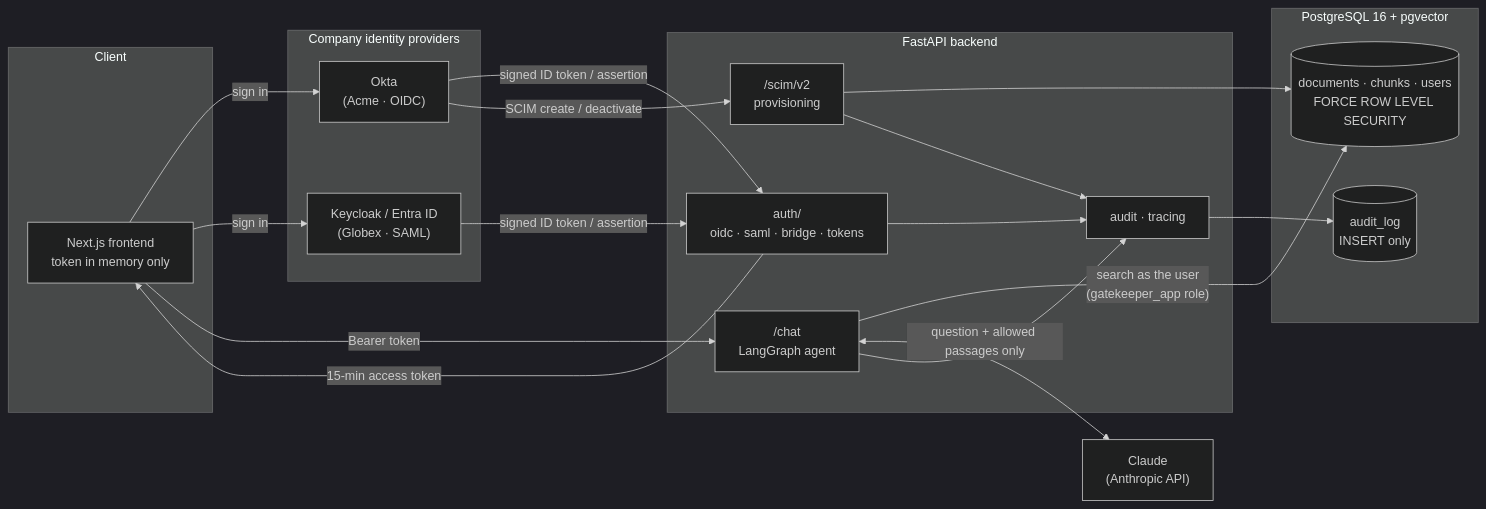
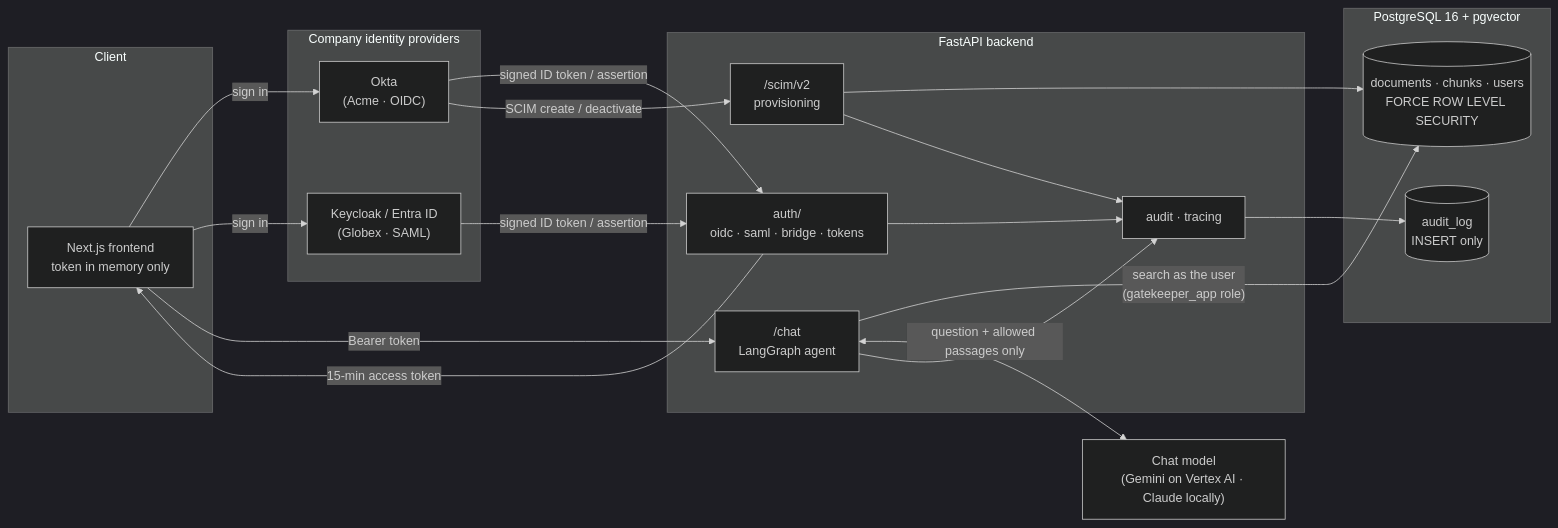
One commit to ghantasala-sr/GateKeeper-enclave changed the first of 5 diagrams in gatekeeper/README.md. Above: the diagram before and after it, drawn with Mermaid (dark theme). The commit also changed other lines of this file and 16 other files, not shown here.

First line of the commit message:
A2.2: model-provider interface (Gemini on Vertex AI, Claude for local dev)

````diff
--- a/gatekeeper/README.md
+++ b/gatekeeper/README.md
@@ -98,35 +98,35 @@
 ```mermaid
 flowchart LR
     subgraph Client
         UI["Next.js frontend<br/>token in memory only"]
     end
 
     subgraph IdPs["Company identity providers"]
         OKTA["Okta<br/>(Acme · OIDC)"]
         KC["Keycloak / Entra ID<br/>(Globex · SAML)"]
     end
 
     subgraph API["FastAPI backend"]
         AUTH["auth/<br/>oidc · saml · bridge · tokens"]
         CHAT["/chat<br/>LangGraph agent"]
         SCIM["/scim/v2<br/>provisioning"]
         AUDIT["audit · tracing"]
     end
 
     subgraph DB["PostgreSQL 16 + pgvector"]
         RLS[("documents · chunks · users<br/>FORCE ROW LEVEL SECURITY")]
         LOG[("audit_log<br/>INSERT only")]
     end
 
-    CLAUDE["Claude<br/>(Anthropic API)"]
+    CLAUDE["Chat model<br/>(Gemini on Vertex AI · Claude locally)"]
 
     UI -- "sign in" --> OKTA & KC
     OKTA & KC -- "signed ID token / assertion" --> AUTH
     AUTH -- "15-min access token" --> UI
     UI -- "Bearer token" --> CHAT
     CHAT -- "search as the user<br/>(gatekeeper_app role)" --> RLS
     CHAT <-- "question + allowed passages only" --> CLAUDE
     OKTA -- "SCIM create / deactivate" --> SCIM
     SCIM --> RLS
     AUTH & CHAT & SCIM --> AUDIT --> LOG
 ```
````
